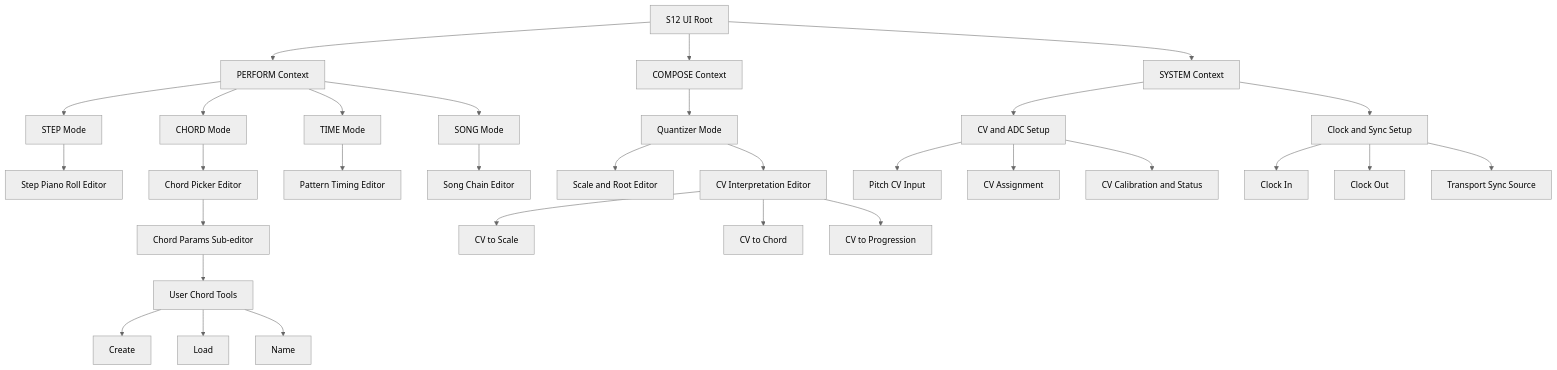
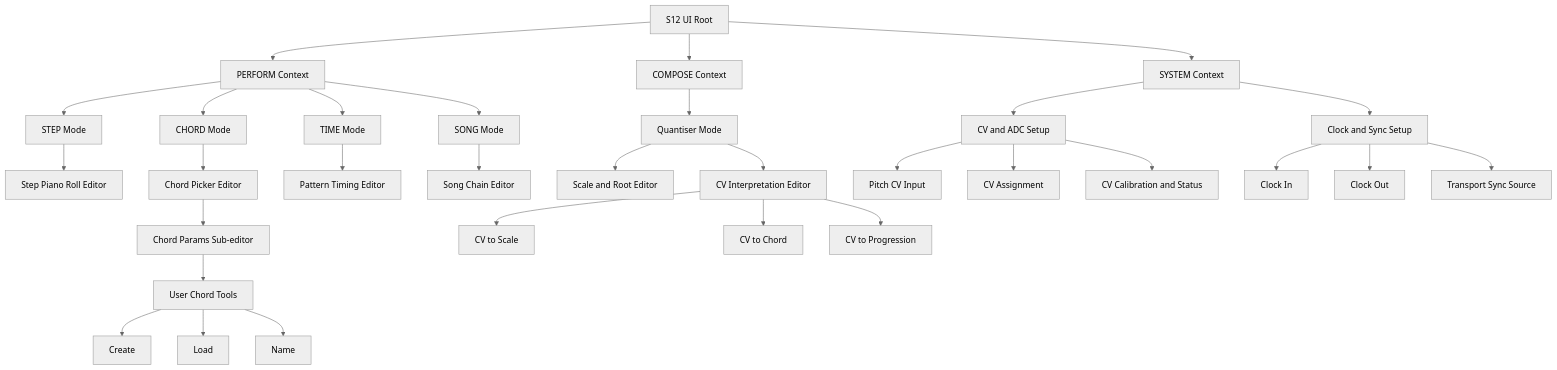
Before and after one commit to Interplain/Sequencer12: the first of 2 diagrams in UI_WORKFLOW_HIERARCHY.md, drawn with Mermaid (neutral theme). The commit also changed other lines of this file and 118 other files, not shown here.

````diff
--- a/UI_WORKFLOW_HIERARCHY.md
+++ b/UI_WORKFLOW_HIERARCHY.md
@@ -30,41 +30,41 @@
 ```mermaid
 flowchart TD
     A[S12 UI Root]
 
     A --> B[PERFORM Context]
     A --> C[COMPOSE Context]
     A --> D[SYSTEM Context]
 
     B --> B1[STEP Mode]
     B --> B2[CHORD Mode]
     B --> B3[TIME Mode]
     B --> B4[SONG Mode]
 
     B1 --> E1[Step Piano Roll Editor]
     B2 --> E2[Chord Picker Editor]
     E2 --> E3[Chord Params Sub-editor]
     E3 --> E4[User Chord Tools]
     E4 --> E41[Create]
     E4 --> E42[Load]
     E4 --> E43[Name]
 
     B3 --> E5[Pattern Timing Editor]
     B4 --> E6[Song Chain Editor]
 
-    C --> C1[Quantizer Mode]
+    C --> C1[Quantiser Mode]
     C1 --> C2[Scale and Root Editor]
     C1 --> C3[CV Interpretation Editor]
     C3 --> C31[CV to Scale]
     C3 --> C32[CV to Chord]
     C3 --> C33[CV to Progression]
 
     D --> D1[CV and ADC Setup]
     D1 --> D11[Pitch CV Input]
     D1 --> D12[CV Assignment]
     D1 --> D13[CV Calibration and Status]
 
     D --> D2[Clock and Sync Setup]
     D2 --> D21[Clock In]
     D2 --> D22[Clock Out]
     D2 --> D23[Transport Sync Source]
 ```
````
